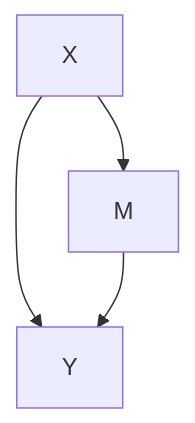
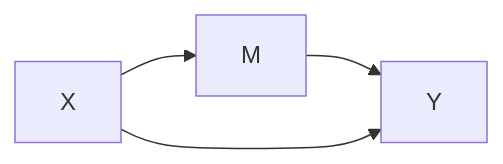
The diagram in Mediation.md (petrayang2002/InterStatHub), drawn with Mermaid before and after one commit.

````diff
--- a/Mediation.md
+++ b/Mediation.md
@@ -3,6 +3,6 @@
 ```mermaid
-graph TD
+flowchart LR
     X-->M;
+    M-->Y;
     X-->Y;
-    M-->Y;
 ```
````
